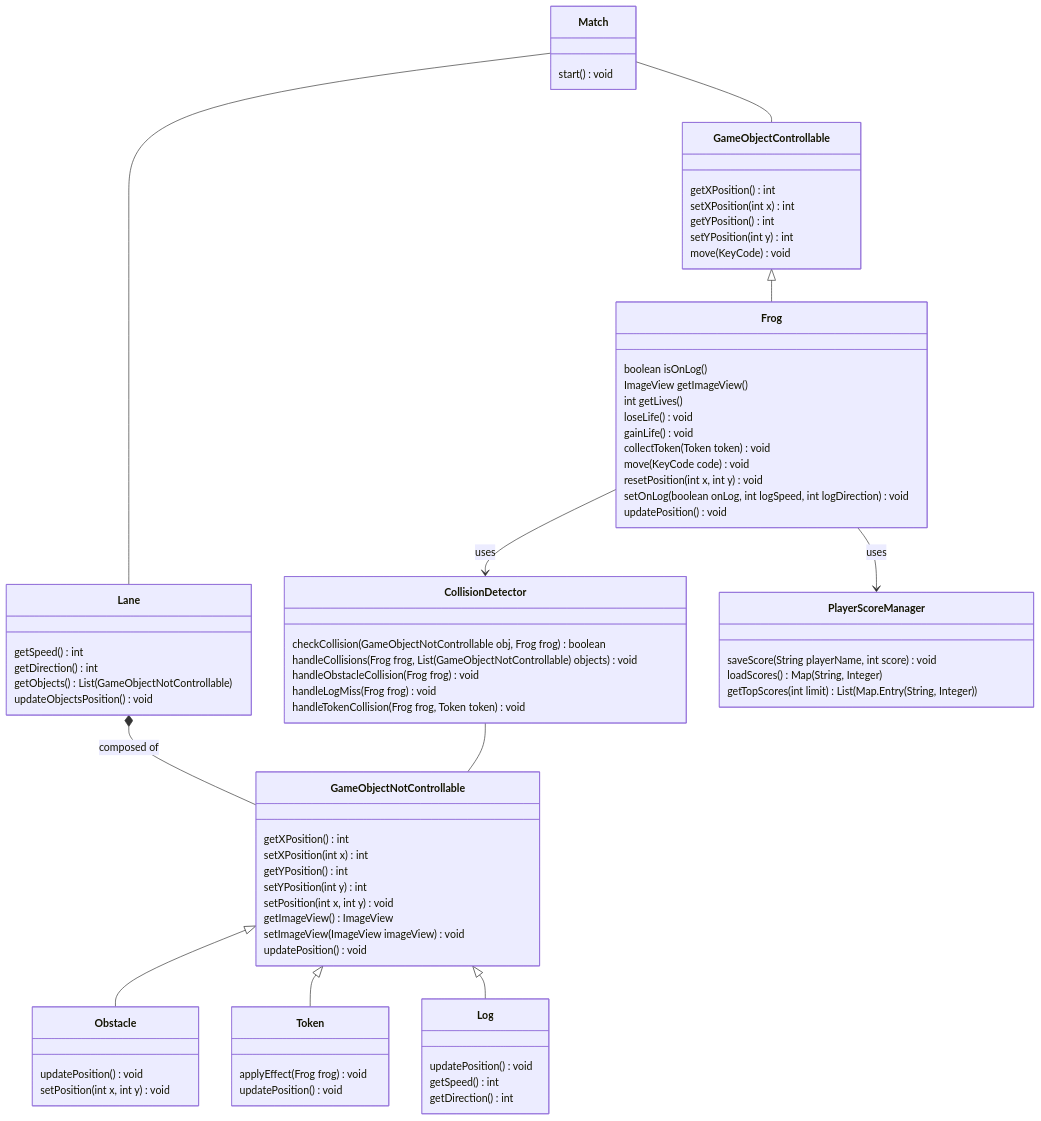
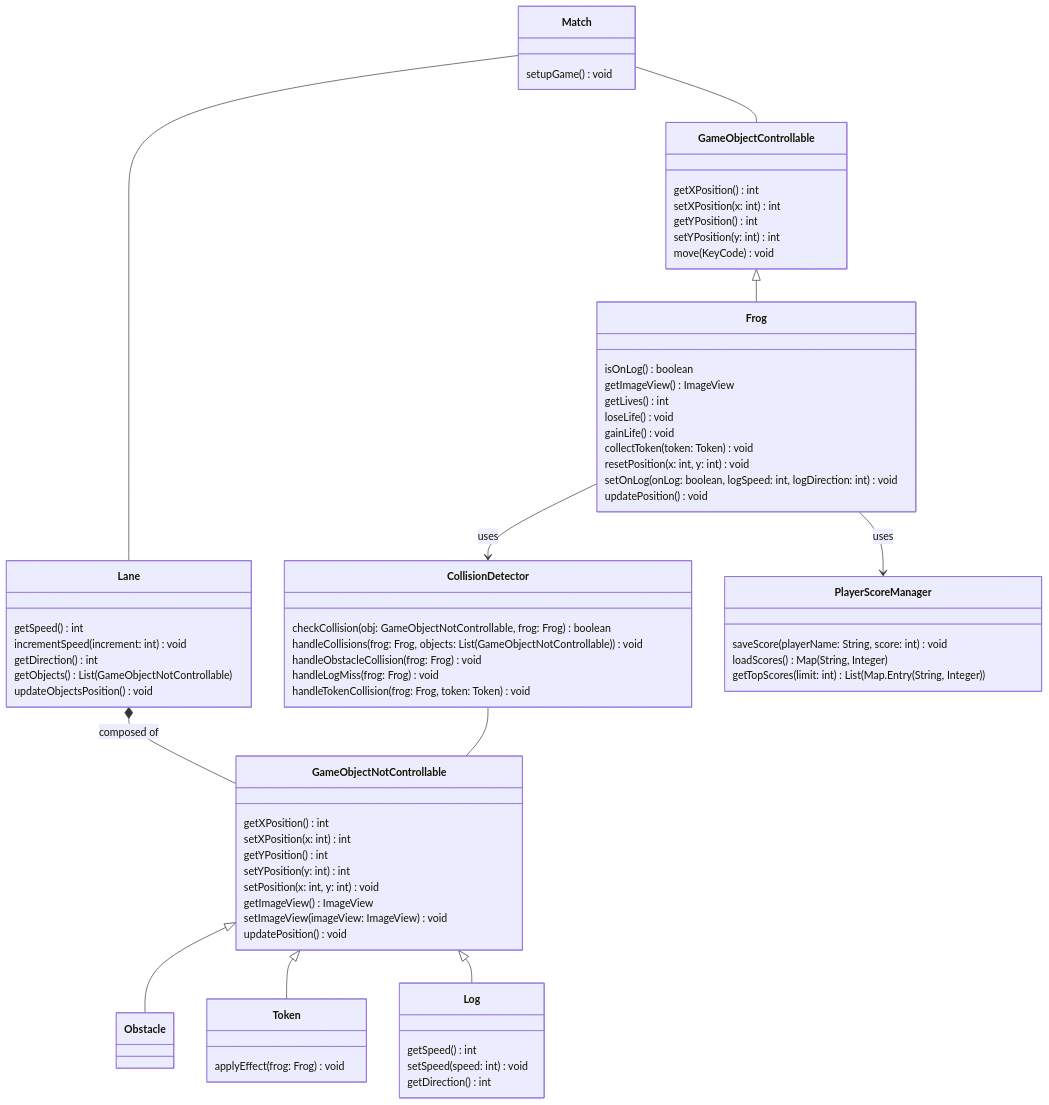
One commit to giuliavanni/frogger changed the first of 4 diagrams in README.md. Above: the diagram before and after it, drawn with Mermaid. The commit also changed other lines of this file, not shown here.

Commit message:
UPDATE new methods in README

````diff
--- a/README.md
+++ b/README.md
@@ -51,76 +51,73 @@
 ```mermaid
 classDiagram
     class Match {
-        start() void
+        setupGame() void
     }
     class GameObjectControllable  {
         getXPosition() int
-        setXPosition(int x) int
+        setXPosition(x: int) int
         getYPosition() int
-        setYPosition(int y) int
+        setYPosition(y: int) int
         move(KeyCode) void
     }
     class Frog {
-        boolean isOnLog()
-        ImageView getImageView()
-        int getLives()
+        isOnLog() boolean
+        getImageView() ImageView
+        getLives() int
         loseLife() void
         gainLife() void
-        collectToken(Token token) void
-        move(KeyCode code) void
-        resetPosition(int x, int y) void
-        setOnLog(boolean onLog, int logSpeed, int logDirection) void
+        collectToken(token: Token) void
+        resetPosition(x: int, y: int) void
+        setOnLog(onLog: boolean, logSpeed: int, logDirection: int) void
         updatePosition() void
     }
     class Lane {
         getSpeed() int
+        incrementSpeed(increment: int) void
         getDirection() int
         getObjects() : List (GameObjectNotControllable)
         updateObjectsPosition() void
     }
     class GameObjectNotControllable{
         getXPosition() int
-        setXPosition(int x) int
+        setXPosition(x: int) int
         getYPosition() int
-        setYPosition(int y) int
-        setPosition(int x, int y) void
+        setYPosition(y: int) int
+        setPosition(x: int, y: int) void
         getImageView() ImageView
-        setImageView(ImageView imageView) void
+        setImageView(imageView: ImageView) void
         updatePosition() void
     }
     class Obstacle {
-        updatePosition() void
-        setPosition(int x, int y) void
     }
     class Log {
-        updatePosition() void
         getSpeed() int
+        setSpeed(speed: int) void
         getDirection() int
     }
     class Token {
-        applyEffect(Frog frog) void
-        updatePosition() void
+        applyEffect(frog: Frog) void
     }
     class CollisionDetector {
-        checkCollision(GameObjectNotControllable obj, Frog frog) boolean
-        handleCollisions(Frog frog, List(GameObjectNotControllable) objects) void
-        handleObstacleCollision(Frog frog) void
-        handleLogMiss(Frog frog) void
-        handleTokenCollision(Frog frog, Token token) void
+        checkCollision(obj: GameObjectNotControllable, frog: Frog) boolean
+        handleCollisions(frog: Frog, objects: List(GameObjectNotControllable)) void
+        handleObstacleCollision(frog: Frog) void
+        handleLogMiss(frog: Frog) void
+        handleTokenCollision(frog: Frog, token: Token) void
     }
     class PlayerScoreManager {
-        saveScore(String playerName, int score) void
+        saveScore(playerName: String, score: int) void
         loadScores() : Map(String, Integer)
-        getTopScores(int limit) : List(Map.Entry(String, Integer))
+        getTopScores(limit: int) : List(Map.Entry(String, Integer))
     }
     Match -- GameObjectControllable
     Match -- Lane
     GameObjectNotControllable <|-- Obstacle
     GameObjectNotControllable <|-- Token
     GameObjectNotControllable <|-- Log
     GameObjectControllable <|-- Frog
     Lane *-- GameObjectNotControllable : composed of
     Frog --> CollisionDetector : uses
     CollisionDetector -- GameObjectNotControllable
     Frog --> PlayerScoreManager : uses
 ```
````
